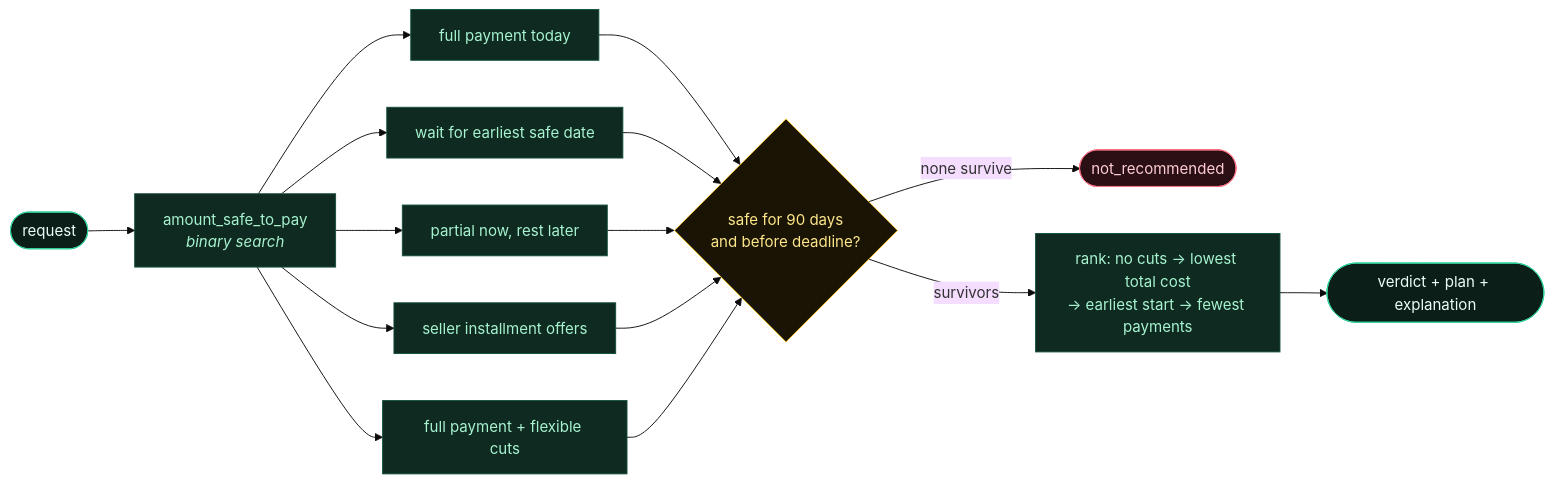
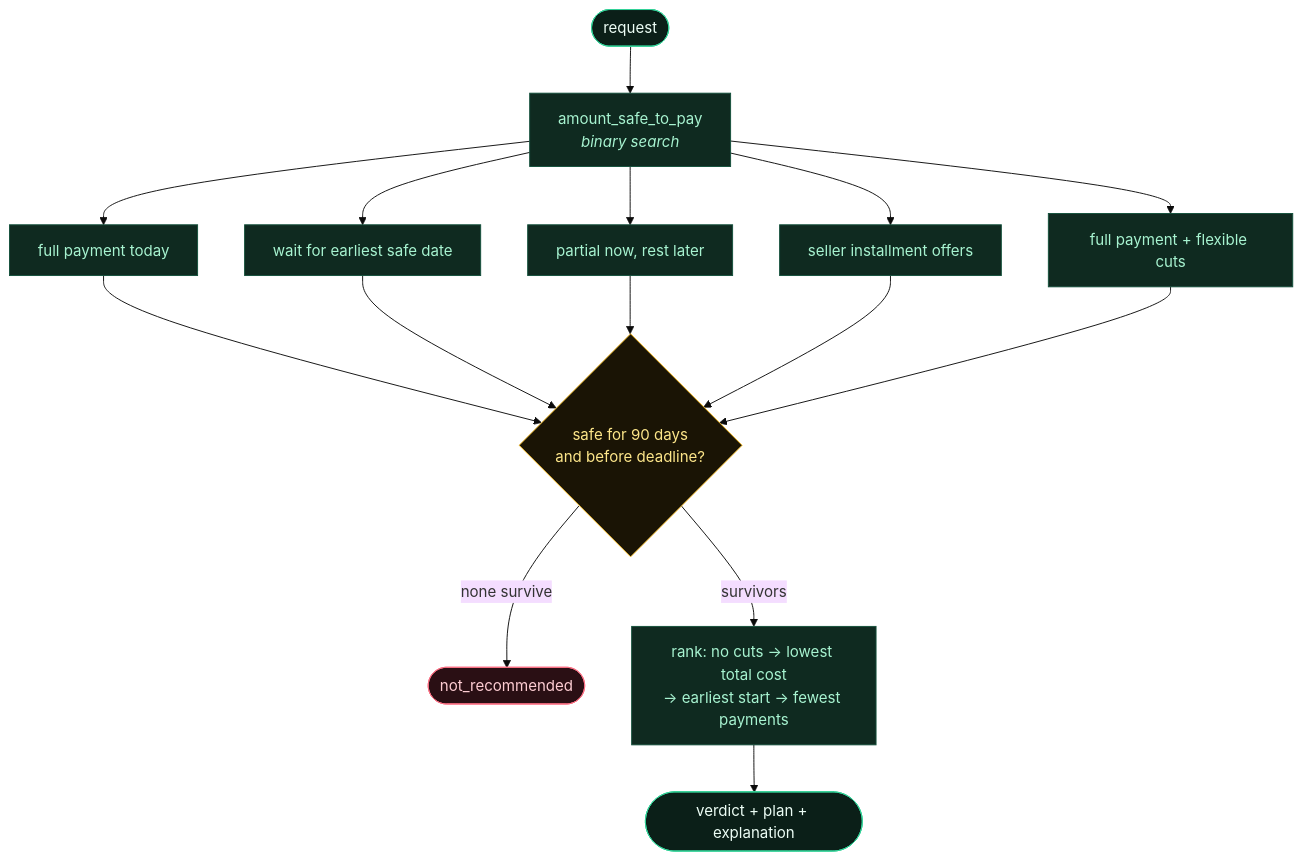
The diagram in README.md (priyanshusharan-cmd/afford-ai), drawn with Mermaid (base theme) before and after one commit.

Commit message:
Docs: render decision flow top-to-bottom

````diff
--- a/README.md
+++ b/README.md
@@ -99,22 +99,22 @@
 ```mermaid
-flowchart LR
+flowchart TB
     REQ([request]) --> SAFE["amount_safe_to_pay<br/><i>binary search</i>"]
     SAFE --> A[full payment today]
     SAFE --> B[wait for earliest safe date]
     SAFE --> C[partial now, rest later]
     SAFE --> D[seller installment offers]
     SAFE --> E[full payment + flexible cuts]
     A & B & C & D & E --> SIM{"safe for 90 days<br/>and before deadline?"}
     SIM -- none survive --> NO([not_recommended])
     SIM -- survivors --> RANK["rank: no cuts → lowest total cost<br/>→ earliest start → fewest payments"]
     RANK --> OUT([verdict + plan + explanation])
 
     classDef io fill:#0B1F18,stroke:#34D399,color:#ECFDF5
     classDef step fill:#0F2A20,stroke:#14513C,color:#A7F3D0
     classDef gate fill:#1A1405,stroke:#FBBF24,color:#FDE68A
     classDef bad fill:#2A0F14,stroke:#FB7185,color:#FECDD3
     class REQ,OUT io
     class SAFE,A,B,C,D,E,RANK step
     class SIM gate
     class NO bad
 ```
````
